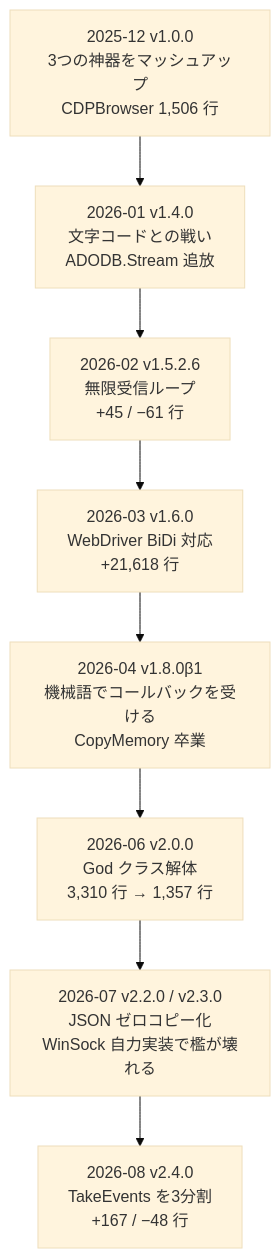
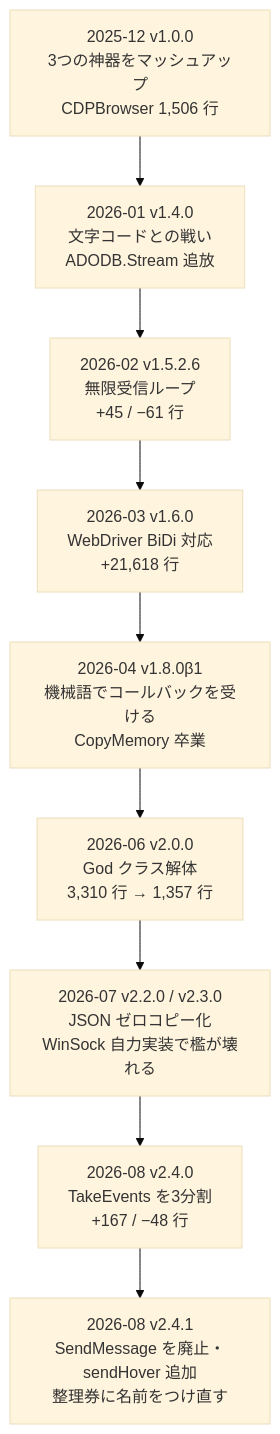
The diagram in docs/stories/birth-story.md (Eschamali/StarterWebScrapingKit), drawn with Mermaid (base theme) before and after one commit. The commit also changed other lines of this file and 5 other files, not shown here.

````diff
--- a/docs/stories/birth-story.md
+++ b/docs/stories/birth-story.md
@@ -628,12 +702,13 @@
 ```mermaid
 flowchart TB
   a["2025-12 v1.0.0<br/>3つの神器をマッシュアップ<br/>CDPBrowser 1,506 行"]
   b["2026-01 v1.4.0<br/>文字コードとの戦い<br/>ADODB.Stream 追放"]
   c["2026-02 v1.5.2.6<br/>無限受信ループ<br/>+45 / −61 行"]
   d["2026-03 v1.6.0<br/>WebDriver BiDi 対応<br/>+21,618 行"]
   e["2026-04 v1.8.0β1<br/>機械語でコールバックを受ける<br/>CopyMemory 卒業"]
   f["2026-06 v2.0.0<br/>God クラス解体<br/>3,310 行 → 1,357 行"]
   g["2026-07 v2.2.0 / v2.3.0<br/>JSON ゼロコピー化<br/>WinSock 自力実装で檻が壊れる"]
   h["2026-08 v2.4.0<br/>TakeEvents を3分割<br/>+167 / −48 行"]
-  a --> b --> c --> d --> e --> f --> g --> h
+  i["2026-08 v2.4.1<br/>SendMessage を廃止・sendHover 追加<br/>整理券に名前をつけ直す"]
+  a --> b --> c --> d --> e --> f --> g --> h --> i
 ```
````
